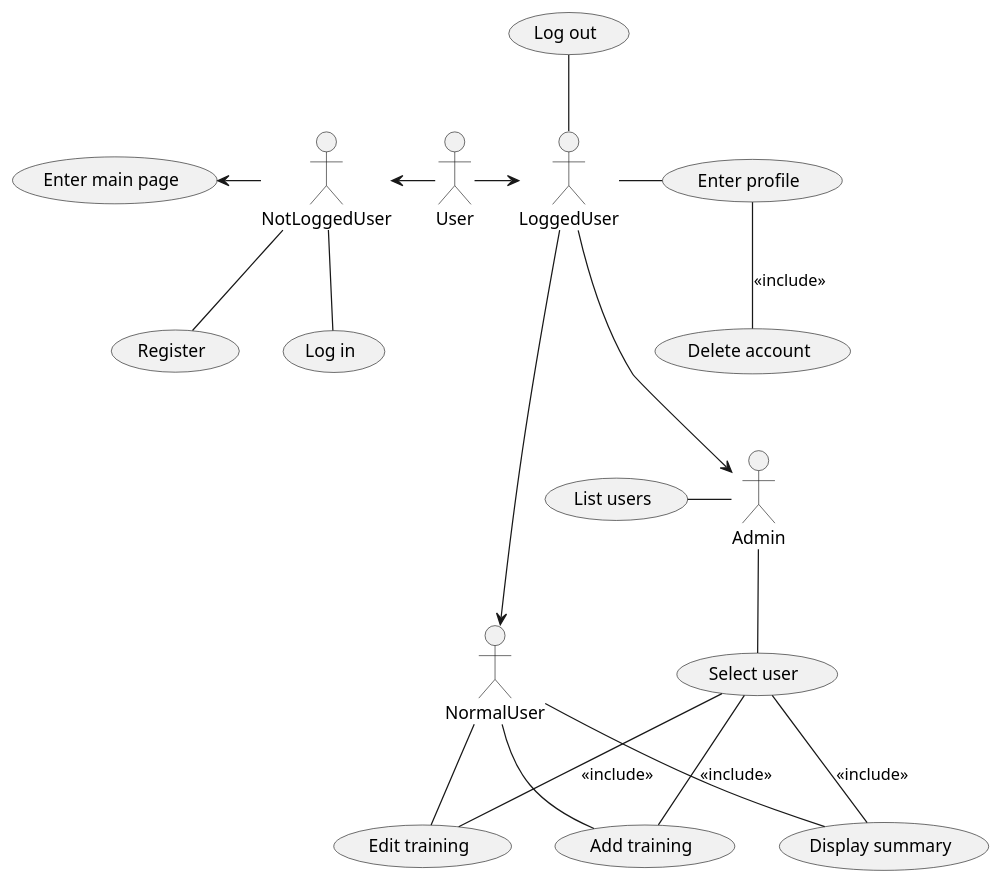
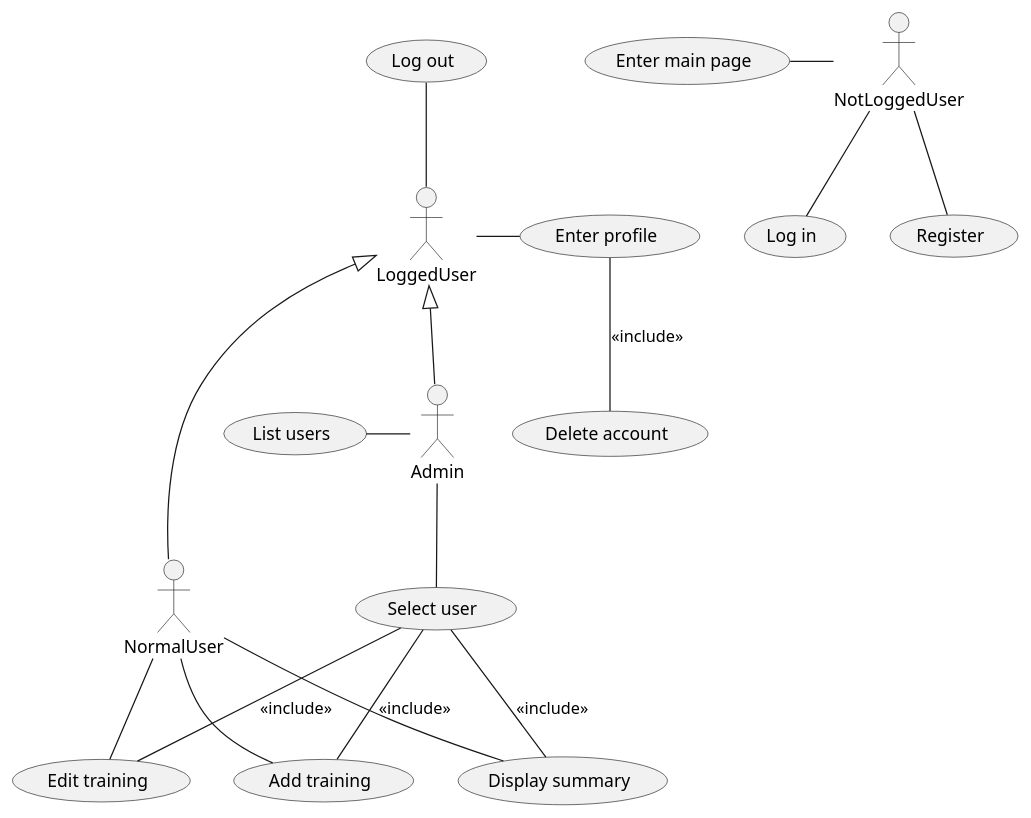
One commit to bedziox/VersaLog changed the first of 12 diagrams in docs/Documentation.puml. Above: the diagram before and after it, drawn with PlantUML. The commit also changed other lines of this file and 20 other files, not shown here.

```diff
--- a/docs/Documentation.puml
+++ b/docs/Documentation.puml
@@ -2,46 +2,43 @@
 @startuml 
-:User:
 :NotLoggedUser:
 :Admin:
 :LoggedUser:
 :NormalUser:
 
 (Log in) as login
 (Register) as register
 (Enter main page) as mainpage
 (Add training) as add
 (Edit training) as edit
 (Display summary) as summary
 (List users)  as list
 (Select user) as select
 (Enter profile) as profile
 (Delete account) as delete
 (Log out) as logout
 
 NotLoggedUser -- login
 NotLoggedUser -- register
-NotLoggedUser -left-> mainpage
+NotLoggedUser -left- mainpage
 
 NormalUser -- add
 NormalUser -- edit
 NormalUser -- summary
 
 Admin -left- list
 Admin -down- select
 
 select -- add : <<include>>
 select -- edit : <<include>>
 select -- summary : <<include>>
 
 
 LoggedUser - profile
 profile -down- delete : <<include>>
 LoggedUser -up- logout
 
-User -> LoggedUser
-User -left-> NotLoggedUser
-LoggedUser -> NormalUser
-LoggedUser ---> Admin
+LoggedUser <|--- NormalUser
+LoggedUser <|- Admin
 
 
 @enduml
```
